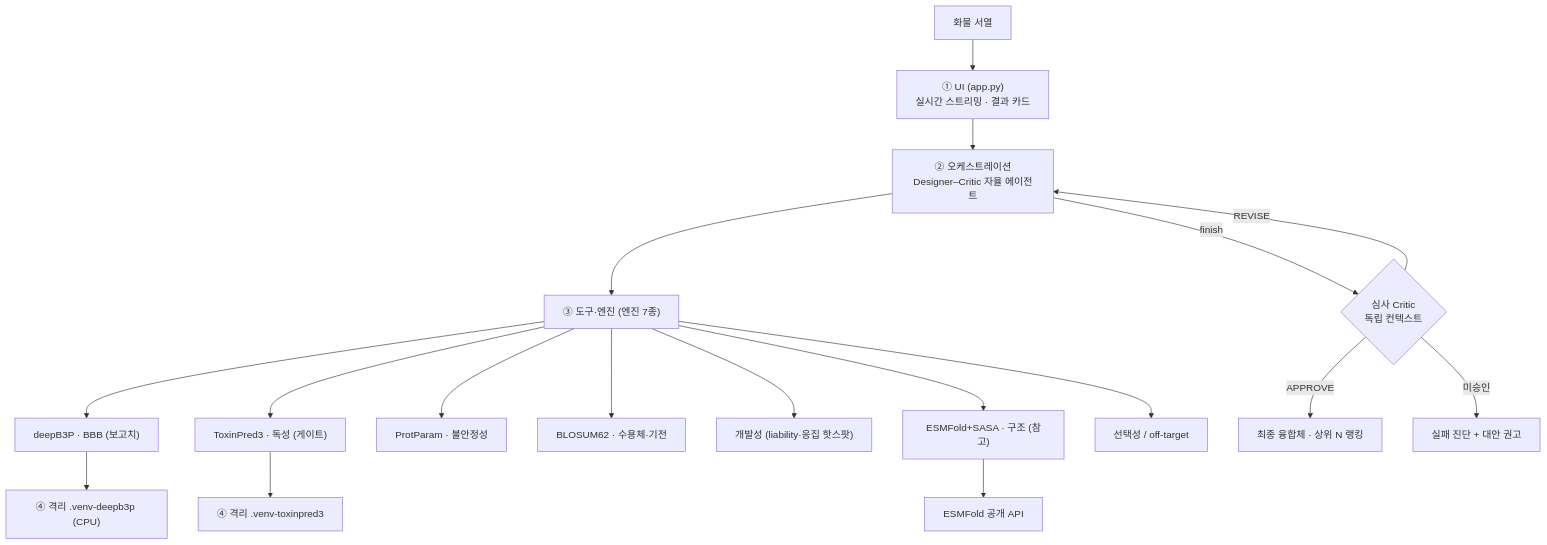
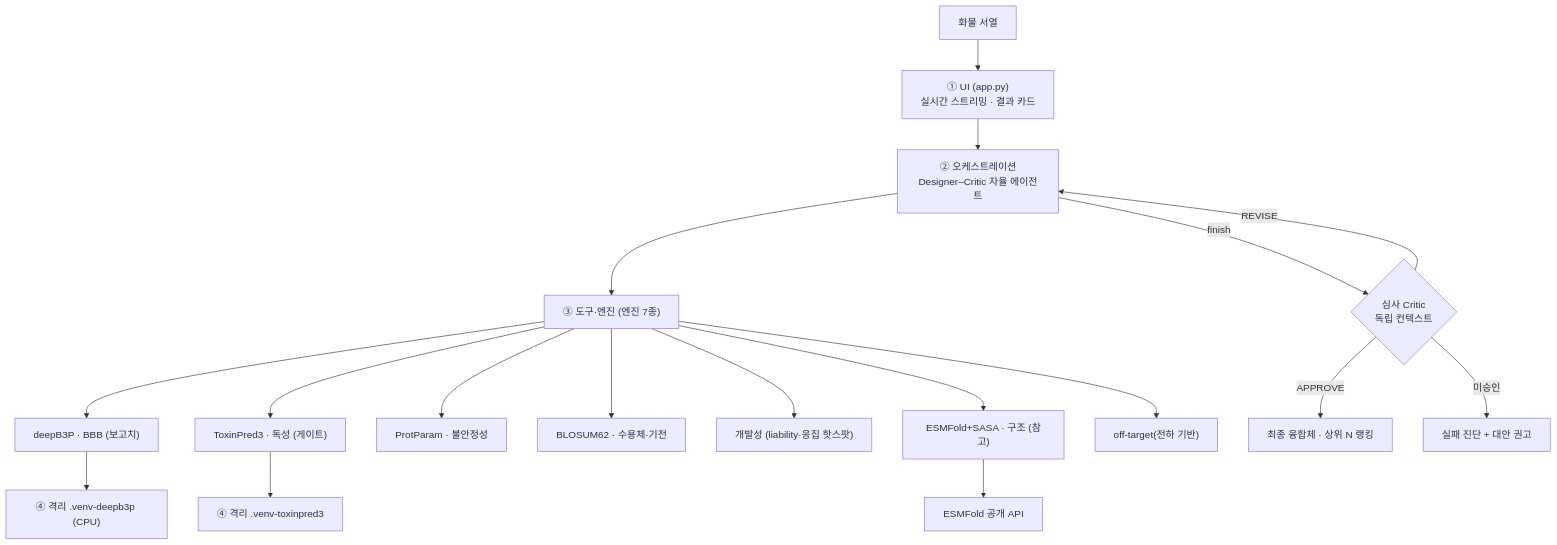
One commit to yunseul6028/BBB-Optimizer changed the first of 2 diagrams in README.md. Above: the diagram before and after it, drawn with Mermaid. The commit also changed other lines of this file and 31 other files, not shown here.

````diff
--- a/README.md
+++ b/README.md
@@ -213,15 +215,15 @@
 ```mermaid
 flowchart TB
   U["화물 서열"] --> UI["① UI (app.py)<br/>실시간 스트리밍 · 결과 카드"]
   UI --> ORCH["② 오케스트레이션<br/>Designer–Critic 자율 에이전트"]
   ORCH --> TOOLS["③ 도구·엔진 (엔진 7종)"]
   TOOLS --> E1["deepB3P · BBB (보고치)"] & E2["ToxinPred3 · 독성 (게이트)"] & E3["ProtParam · 불안정성"] & E4["BLOSUM62 · 수용체·기전"]
-  TOOLS --> E5["개발성 (liability·응집 핫스팟)"] & E6["ESMFold+SASA · 구조 (참고)"] & E7["선택성 / off-target"]
+  TOOLS --> E5["개발성 (liability·응집 핫스팟)"] & E6["ESMFold+SASA · 구조 (참고)"] & E7["off-target(전하 기반)"]
   E1 --> DV["④ 격리 .venv-deepb3p (CPU)"]
   E2 --> TV["④ 격리 .venv-toxinpred3"]
   E6 --> API["ESMFold 공개 API"]
   ORCH -->|finish| CR{"심사 Critic<br/>독립 컨텍스트"}
   CR -->|APPROVE| OUT["최종 융합체 · 상위 N 랭킹"]
   CR -->|REVISE| ORCH
   CR -->|미승인| REC["실패 진단 + 대안 권고"]
 ```
````
